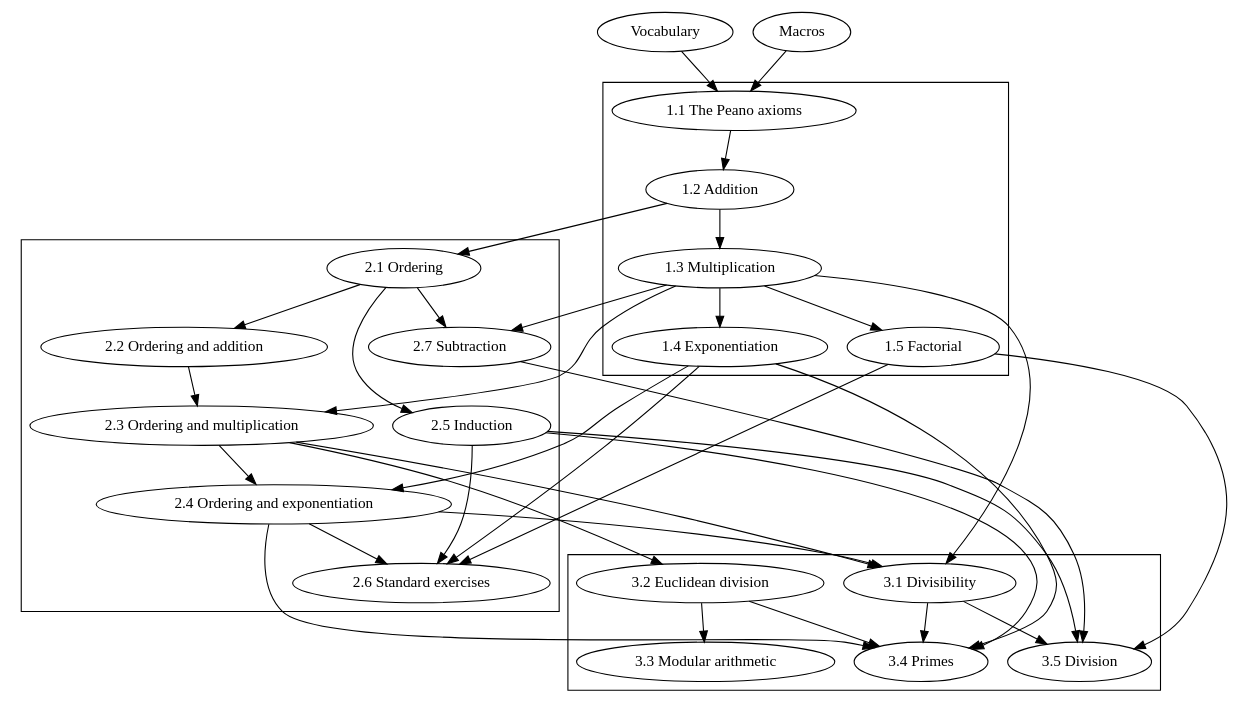
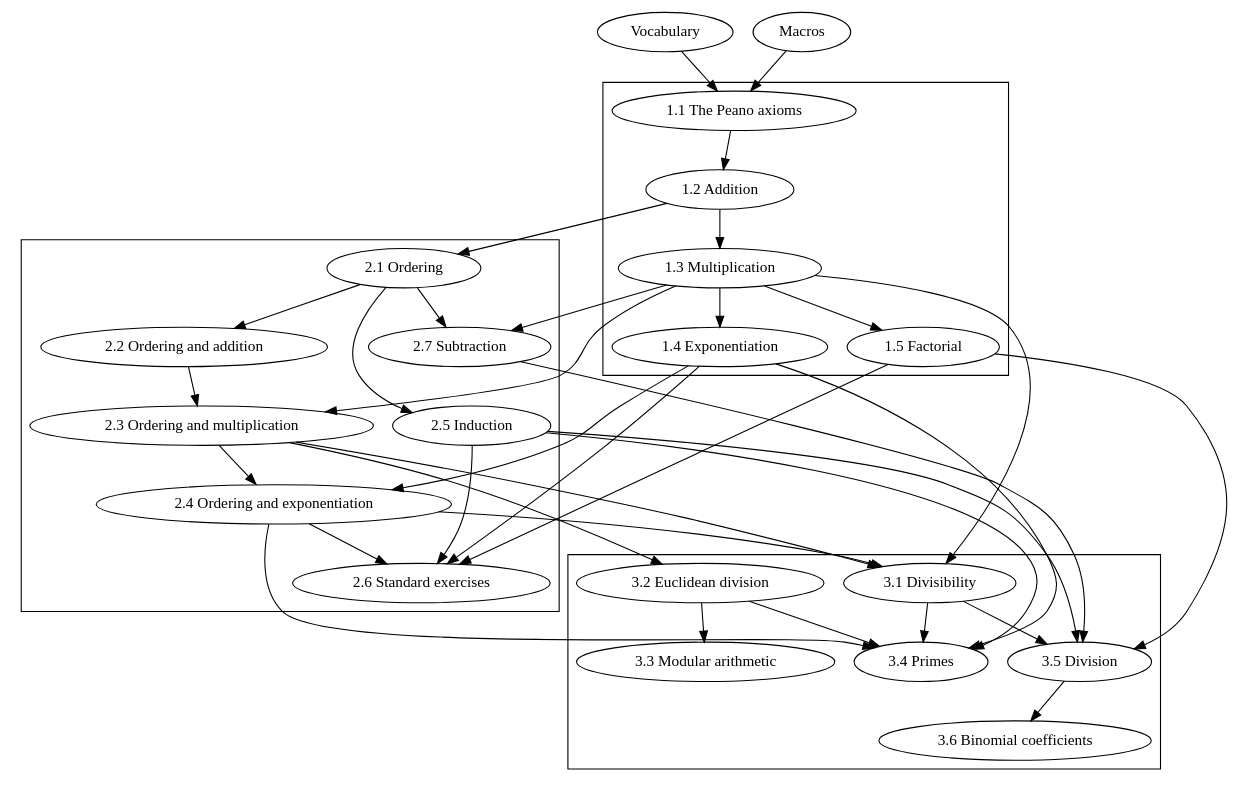
The diagram in examples/arithmetic/dependency-graph/graph.dot (naproche/naproche), drawn with Graphviz before and after one commit. The commit also changed 4 other files, not shown here.

Commit message:
Add section about binomial coefficients to arithmetic

```diff
--- a/examples/arithmetic/dependency-graph/graph.dot
+++ b/examples/arithmetic/dependency-graph/graph.dot
@@ -1,50 +1,52 @@
 digraph Sections {
   vocab [label = "Vocabulary"]
   macros [label = "Macros"]
 
   subgraph cluster_1 {
     arith_01 [label = "1.1 The Peano axioms"]
     arith_02 [label = "1.2 Addition"]
     arith_03 [label = "1.3 Multiplication"]
     arith_04 [label = "1.4 Exponentiation"]
     arith_05 [label = "1.5 Factorial"]
   }
 
   subgraph cluster_2 {
     ord_01 [label = "2.1 Ordering"]
     ord_02 [label = "2.2 Ordering and addition"]
     ord_03 [label = "2.3 Ordering and multiplication"]
     ord_04 [label = "2.4 Ordering and exponentiation"]
     ord_05 [label = "2.5 Induction"]
     ord_06 [label = "2.6 Standard exercises"]
     ord_07 [label = "2.7 Subtraction"]
   }
 
   subgraph cluster_3 {
     div_01 [label = "3.1 Divisibility"]
     div_02 [label = "3.2 Euclidean division"]
     div_03 [label = "3.3 Modular arithmetic"]
     div_04 [label = "3.4 Primes"]
     div_05 [label = "3.5 Division"]
+    div_06 [label = "3.6 Binomial coefficients"]
   }
 
   /* 1.1 */ vocab, macros                             -> arith_01
   /* 1.2 */ arith_01                                  -> arith_02
   /* 1.3 */ arith_02                                  -> arith_03
   /* 1.4 */ arith_03                                  -> arith_04
   /* 1.5 */ arith_03                                  -> arith_05
 
   /* 2.1 */ arith_02                                  -> ord_01
   /* 2.2 */ ord_01                                    -> ord_02
   /* 2.3 */ arith_03, ord_02                          -> ord_03
   /* 2.4 */ arith_04, ord_03                          -> ord_04
   /* 2.5 */ ord_01                                    -> ord_05
   /* 2.6 */ arith_04, arith_05, ord_04, ord_05        -> ord_06
   /* 2.7 */ arith_03, ord_01                          -> ord_07
 
   /* 3.1 */ arith_03, ord_03, ord_04                  -> div_01
   /* 3.2 */ ord_03                                    -> div_02
   /* 3.3 */ div_02                                    -> div_03
   /* 3.4 */ arith_04, ord_04, ord_05, div_01, div_02  -> div_04
-  /* 3.4 */ arith_05, ord_05, ord_07, div_01          -> div_05
+  /* 3.5 */ arith_05, ord_05, ord_07, div_01          -> div_05
+  /* 3.6 */ div_05                                    -> div_06
 }
```
